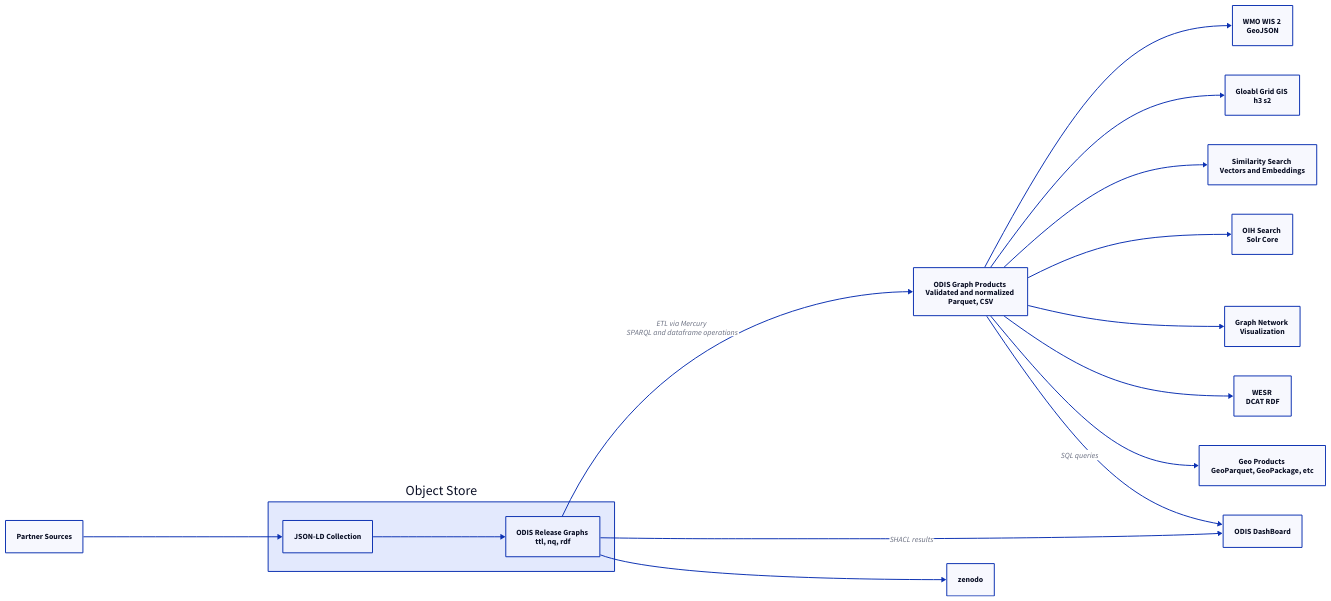
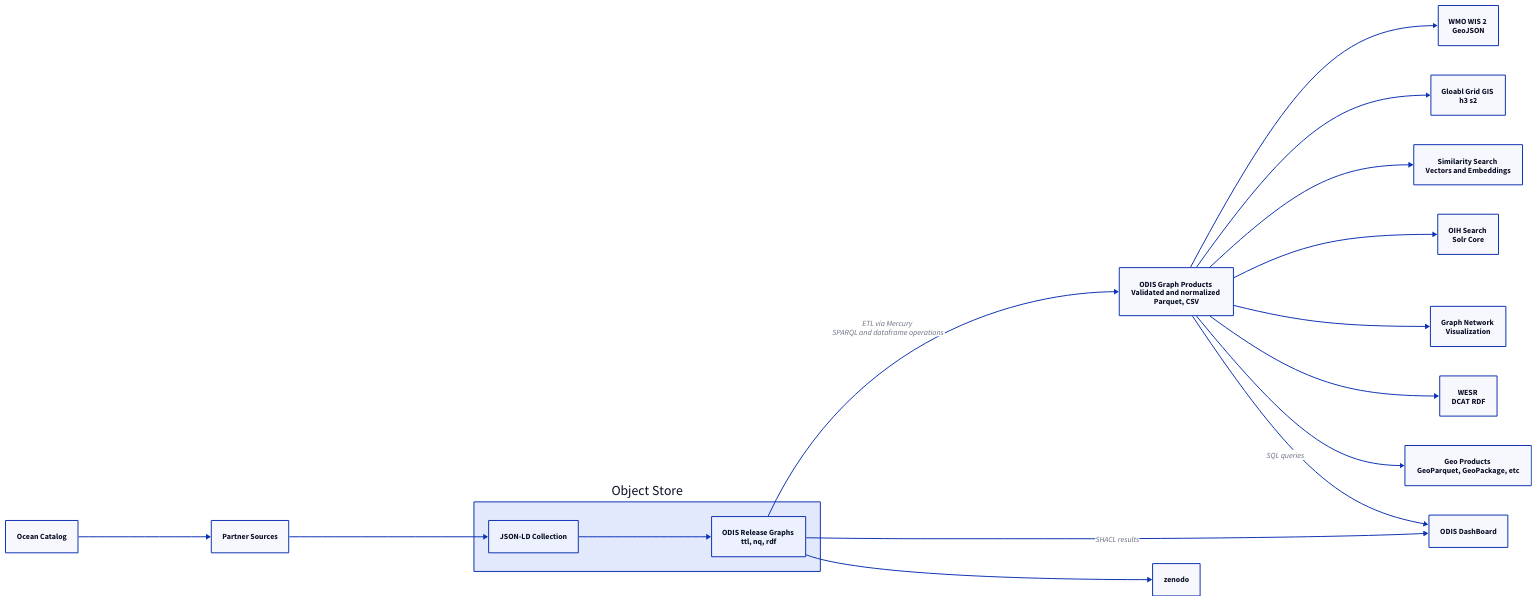
Before and after one commit to iodepo/odis-arch: the diagram in graphOps/extraction/coreProduct/docs/querydataframe.d2, drawn with D2. The commit also changed 10 other files, not shown here.

```diff
--- a/graphOps/extraction/coreProduct/docs/querydataframe.d2
+++ b/graphOps/extraction/coreProduct/docs/querydataframe.d2
@@ -1,35 +1,38 @@
 direction:right
 
+ocat: Ocean Catalog
 s: Partner Sources
 s3: Object Store {
 os: JSON-LD Collection
 rg: ODIS Release Graphs \n ttl, nq, rdf
 
 }
 dash: ODIS DashBoard
 
 sbr: ODIS Graph Products \n Validated and normalized  \nParquet, CSV
+
+ocat -> s
 
 s -> s3.os -> s3.rg
 
 s3.rg -> sbr: ETL via Mercury \n SPARQL and dataframe operations
 
 wis: WMO WIS 2 \n GeoJSON
 gg: Gloabl Grid GIS \n h3 s2
 v: Similarity Search \n Vectors and Embeddings
 solr: OIH Search \n Solr Core
 gml: Graph Network \n Visualization
 wesr: WESR \n DCAT RDF
 geo: Geo Products \n GeoParquet, GeoPackage, etc
 
 sbr -> wis
 sbr -> gg
 sbr -> v
 sbr -> solr
 sbr -> gml
 sbr -> wesr
 sbr -> geo
 
 s3.rg -> dash: SHACL results
 sbr -> dash: SQL queries
 s3.rg -> zenodo
```
